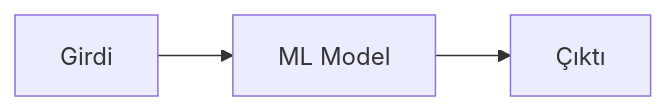
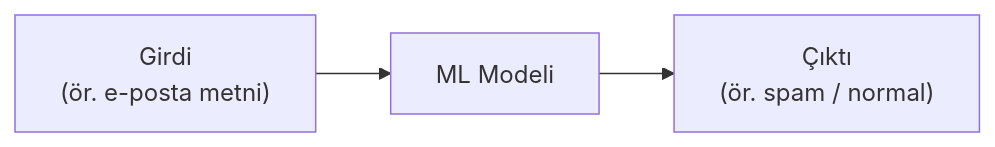
The second of 12 diagrams in Ders_Notu.md (erkanozhan/machinelearning), drawn with Mermaid before and after one commit. The commit also changed other lines of this file and 50 other files, not shown here.

````diff
--- a/Ders_Notu.md
+++ b/Ders_Notu.md
@@ -33,5 +125,4 @@
 ```mermaid
 graph LR
-    A[Girdi] --> B["ML Model"]
-    B --> C[Çıktı]
+    A["Girdi<br/>(ör. e-posta metni)"] --> B["ML Modeli"] --> C["Çıktı<br/>(ör. spam / normal)"]
 ```
````
